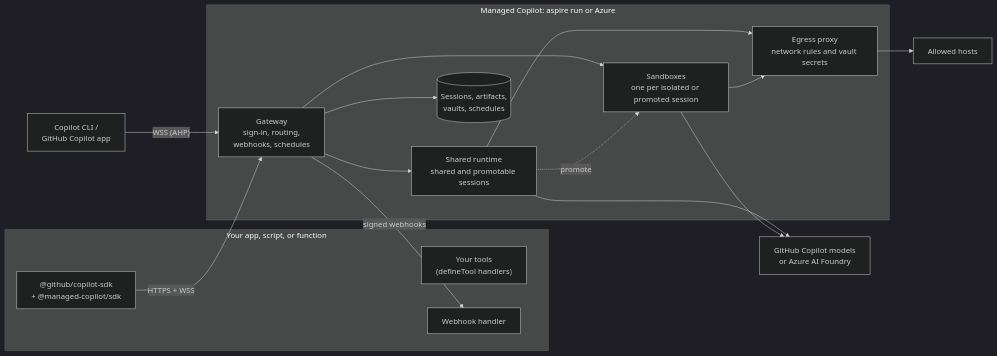
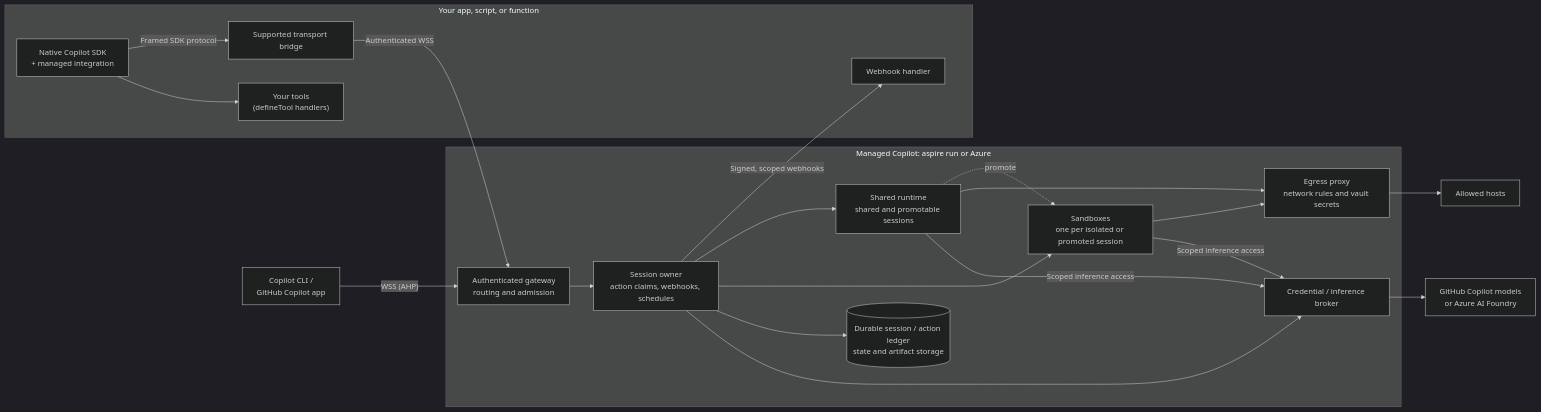
One commit to patniko/managed-copilot-sdk changed the diagram in docs/spec/developer-experience.md. Above: the diagram before and after it, drawn with Mermaid (dark theme). The commit also changed other lines of this file and 1 other file, not shown here.

First line of the commit message:
Revise managed SDK plans after Astra and Argon reviews

````diff
--- a/docs/spec/developer-experience.md
+++ b/docs/spec/developer-experience.md
@@ -625,30 +913,38 @@
 ```mermaid
 flowchart LR
   subgraph App["Your app, script, or function"]
-    SDK["@github/copilot-sdk<br/>+ @managed-copilot/sdk"]
+    SDK["Native Copilot SDK<br/>+ managed integration"]
+    Bridge["Supported transport bridge"]
     Tools["Your tools<br/>(defineTool handlers)"]
     Hook["Webhook handler"]
   end
   CLI["Copilot CLI /<br/>GitHub Copilot app"]
   subgraph Platform["Managed Copilot: aspire run or Azure"]
-    GW["Gateway<br/>sign-in, routing,<br/>webhooks, schedules"]
+    GW["Authenticated gateway<br/>routing and admission"]
+    Owner["Session owner<br/>action claims, webhooks, schedules"]
+    Identity["Credential / inference broker"]
     Shared["Shared runtime<br/>shared and promotable sessions"]
     Sbx["Sandboxes<br/>one per isolated or promoted session"]
     Egress["Egress proxy<br/>network rules and vault secrets"]
-    Store[("Sessions, artifacts,<br/>vaults, schedules")]
+    Store[("Durable session / action ledger<br/>state and artifact storage")]
   end
   Models["GitHub Copilot models<br/>or Azure AI Foundry"]
   Web["Allowed hosts"]
-  SDK -- "HTTPS + WSS" --> GW
+  SDK -- "Framed SDK protocol" --> Bridge
+  Bridge -- "Authenticated WSS" --> GW
+  SDK --> Tools
   CLI -- "WSS (AHP)" --> GW
-  GW -- "signed webhooks" --> Hook
-  GW --> Shared
-  GW --> Sbx
-  GW --> Store
+  GW --> Owner
+  Owner -- "Signed, scoped webhooks" --> Hook
+  Owner --> Shared
+  Owner --> Sbx
+  Owner --> Store
+  Owner --> Identity
   Shared -. "promote" .-> Sbx
   Shared --> Egress
   Sbx --> Egress
   Egress --> Web
-  Shared --> Models
-  Sbx --> Models
+  Shared -- "Scoped inference access" --> Identity
+  Sbx -- "Scoped inference access" --> Identity
+  Identity --> Models
 ```
````
